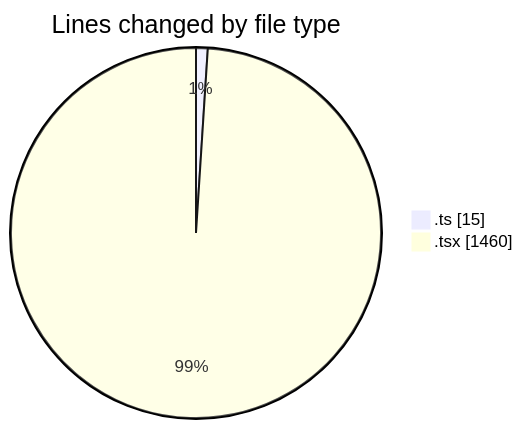
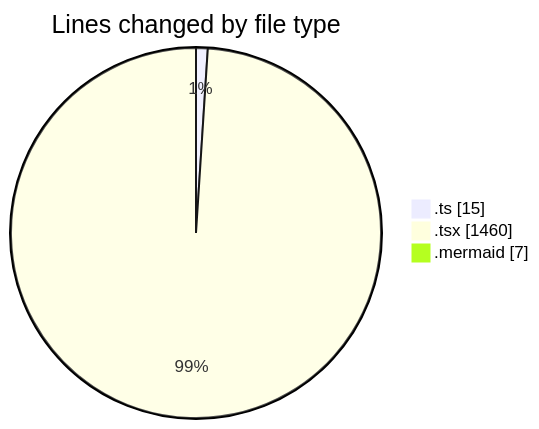
Before and after one commit to momahboobian/code-tracking: the first of 2 diagrams in 2026-09-08/cda/README.md, drawn with Mermaid. The commit also changed other lines of this file and 1 other file, not shown here.

````diff
--- a/2026-09-08/cda/README.md
+++ b/2026-09-08/cda/README.md
@@ -34,6 +35,7 @@
 ```mermaid
 pie showData
 title Lines changed by file type
 ".ts" : 15
 ".tsx" : 1460
+".mermaid" : 7
 ```
````
